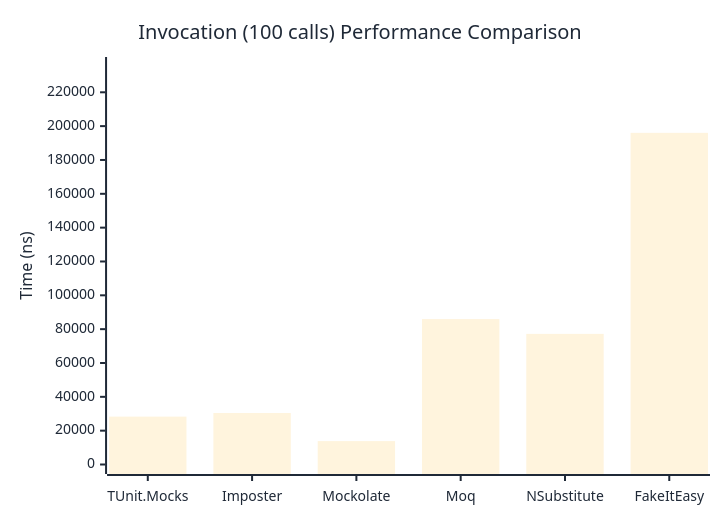
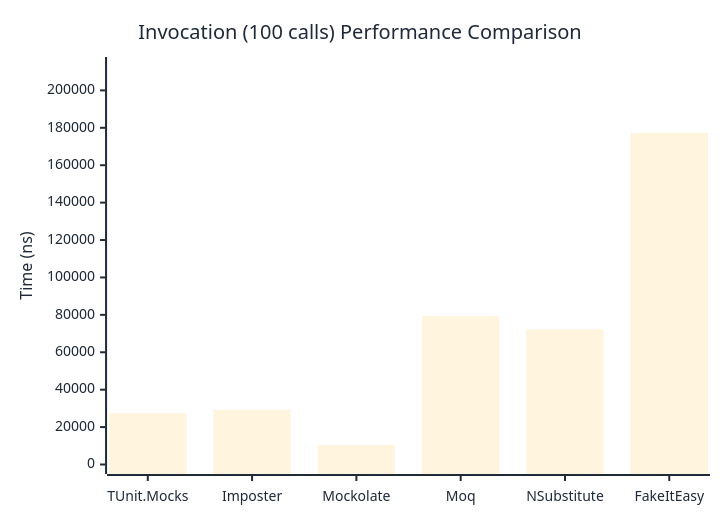
Before and after one commit to thomhurst/TUnit: the third of 3 diagrams in docs/docs/benchmarks/mocks/Invocation.md, drawn with Mermaid. The commit also changed other lines of this file and 14 other files, not shown here.

````diff
--- a/docs/docs/benchmarks/mocks/Invocation.md
+++ b/docs/docs/benchmarks/mocks/Invocation.md
@@ -112,27 +112,27 @@
 ```mermaid
 %%{init: {
   'theme':'base',
   'themeVariables': {
     'primaryColor': '#2563eb',
     'primaryTextColor': '#1f2937',
     'primaryBorderColor': '#1e40af',
     'lineColor': '#6b7280',
     'secondaryColor': '#7c3aed',
     'tertiaryColor': '#dc2626',
     'background': '#ffffff',
     'pie1': '#2563eb',
     'pie2': '#7c3aed',
     'pie3': '#dc2626',
     'pie4': '#f59e0b',
     'pie5': '#10b981',
     'pie6': '#06b6d4',
     'pie7': '#ec4899',
     'pie8': '#6366f1'
   }
 }}%%
 xychart-beta
   title "Invocation (100 calls) Performance Comparison"
   x-axis ["TUnit.Mocks", "Imposter", "Mockolate", "Moq", "NSubstitute", "FakeItEasy"]
-  y-axis "Time (ns)" 0 --> 235246
-  bar [28303, 30449.7, 13836.3, 85952, 77211.5, 196037.8]
+  y-axis "Time (ns)" 0 --> 212771
+  bar [27414.27, 29234.47, 10425.38, 79249.92, 72252.67, 177308.9]
 ```
````
